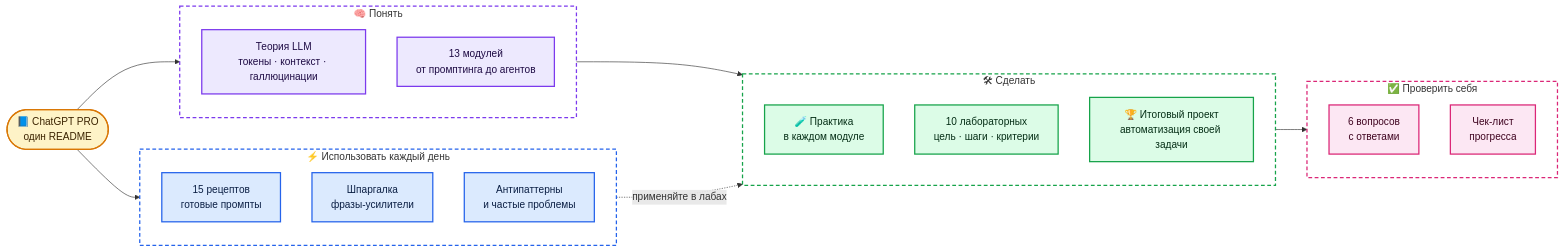
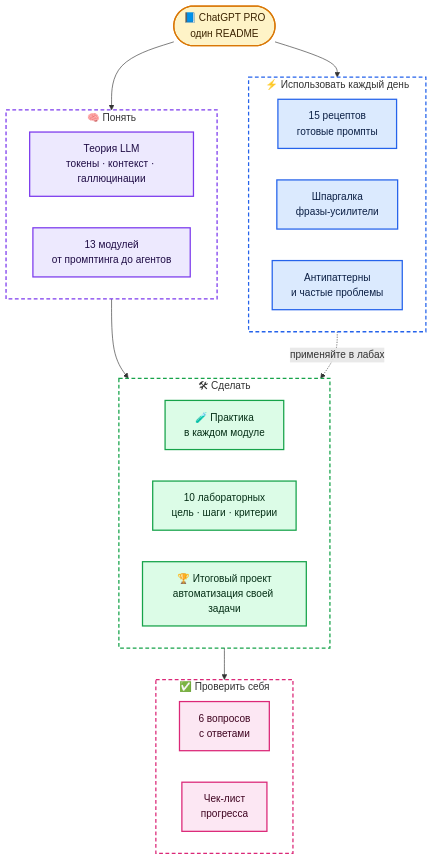
Before and after one commit to justxor/ChatGPT_ru: the first of 13 diagrams in README.md, drawn with Mermaid.

Commit message:
Карта репозитория: вертикальная раскладка для читаемости

````diff
--- a/README.md
+++ b/README.md
@@ -16,35 +16,39 @@
 ```mermaid
-flowchart LR
+flowchart TB
     R(["📘 ChatGPT PRO<br/>один README"]):::model
     subgraph TH["🧠 Понять"]
+        direction LR
         T1["Теория LLM<br/>токены · контекст · галлюцинации"]:::ctx
         T2["13 модулей<br/>от промптинга до агентов"]:::ctx
     end
     subgraph PR["🛠 Сделать"]
+        direction LR
         P1["🧪 Практика<br/>в каждом модуле"]:::tool
         P2["10 лабораторных<br/>цель · шаги · критерии"]:::tool
         P3["🏆 Итоговый проект<br/>автоматизация своей задачи"]:::tool
     end
     subgraph US["⚡ Использовать каждый день"]
+        direction LR
         U1["15 рецептов<br/>готовые промпты"]:::user
         U2["Шпаргалка<br/>фразы-усилители"]:::user
         U3["Антипаттерны<br/>и частые проблемы"]:::user
     end
     subgraph CK["✅ Проверить себя"]
+        direction LR
         C1["6 вопросов<br/>с ответами"]:::out
         C2["Чек-лист<br/>прогресса"]:::out
     end
     R --> TH --> PR --> CK
     R --> US
     US -. "применяйте в лабах" .-> PR
     style TH fill:none,stroke:#7c3aed,stroke-width:2px,stroke-dasharray:6 4
     style PR fill:none,stroke:#16a34a,stroke-width:2px,stroke-dasharray:6 4
     style US fill:none,stroke:#2563eb,stroke-width:2px,stroke-dasharray:6 4
     style CK fill:none,stroke:#db2777,stroke-width:2px,stroke-dasharray:6 4
     classDef user fill:#dbeafe,stroke:#2563eb,stroke-width:2px,color:#0b1f44
     classDef ctx fill:#ede9fe,stroke:#7c3aed,stroke-width:2px,color:#1e0b44
     classDef model fill:#fef3c7,stroke:#d97706,stroke-width:2px,color:#3b2300
     classDef tool fill:#dcfce7,stroke:#16a34a,stroke-width:2px,color:#052e16
     classDef out fill:#fce7f3,stroke:#db2777,stroke-width:2px,color:#3f0420
     classDef warn fill:#fee2e2,stroke:#dc2626,stroke-width:2px,color:#450a0a
 ```
````
